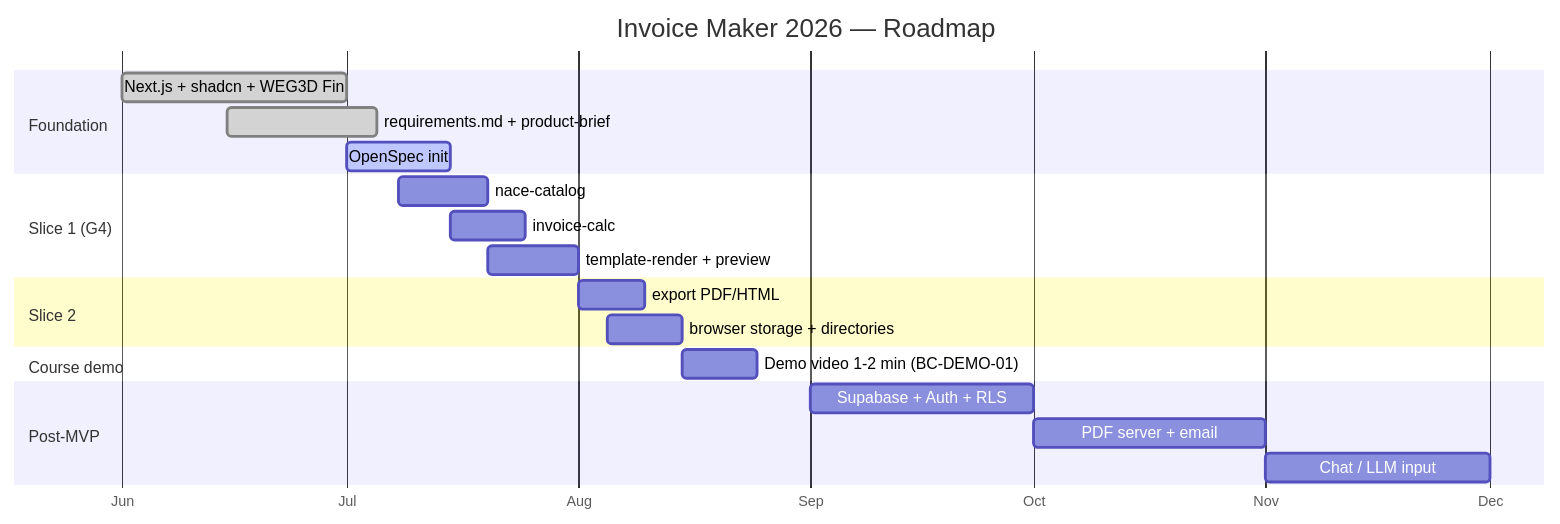
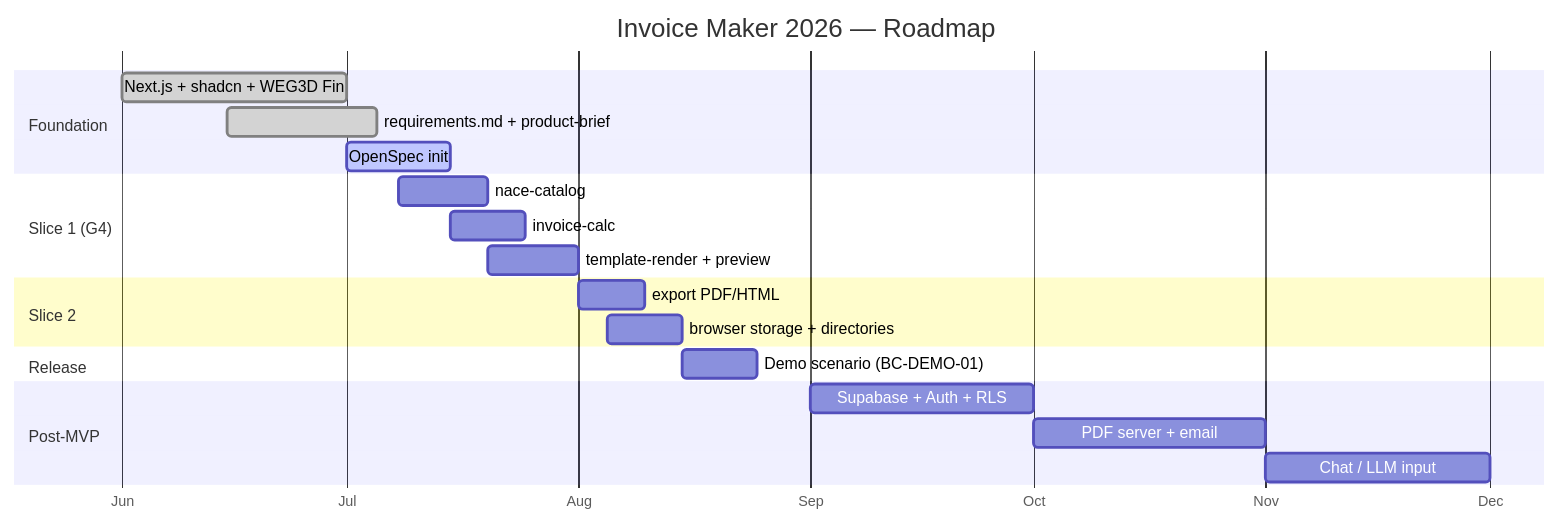
The tenth of 10 diagrams in docs/README-uk.md (eresemai/2026-fwdays-agentic-greenfield-task-INVOICE-MAKER-2026), drawn with Mermaid before and after one commit. The commit also changed other lines of this file and 1 other file, not shown here.

````diff
--- a/docs/README-uk.md
+++ b/docs/README-uk.md
@@ -548,27 +541,27 @@
 ```mermaid
 gantt
   title Invoice Maker 2026 — Roadmap
   dateFormat YYYY-MM-DD
   axisFormat %b
 
   section Foundation
     Next.js + shadcn + WEG3D Fin     :done, f1, 2026-06-01, 2026-07-01
     requirements.md + product-brief   :done, f2, 2026-06-15, 2026-07-05
     OpenSpec init                     :active, f3, 2026-07-01, 2026-07-15
 
   section Slice 1 (G4)
     nace-catalog                      :s1, 2026-07-08, 2026-07-20
     invoice-calc                      :s2, 2026-07-15, 2026-07-25
     template-render + preview         :s3, 2026-07-20, 2026-08-01
 
   section Slice 2
     export PDF/HTML                   :s4, 2026-08-01, 2026-08-10
     browser storage + directories     :s5, 2026-08-05, 2026-08-15
-  section Course demo
-    Demo video 1-2 min (BC-DEMO-01)   :demo, 2026-08-15, 2026-08-25
+  section Release
+    Demo scenario (BC-DEMO-01)          :demo, 2026-08-15, 2026-08-25
 
   section Post-MVP
     Supabase + Auth + RLS             :p1, 2026-09-01, 2026-10-01
     PDF server + email                :p2, 2026-10-01, 2026-11-01
     Chat / LLM input                  :p3, 2026-11-01, 2026-12-01
 ```
````
